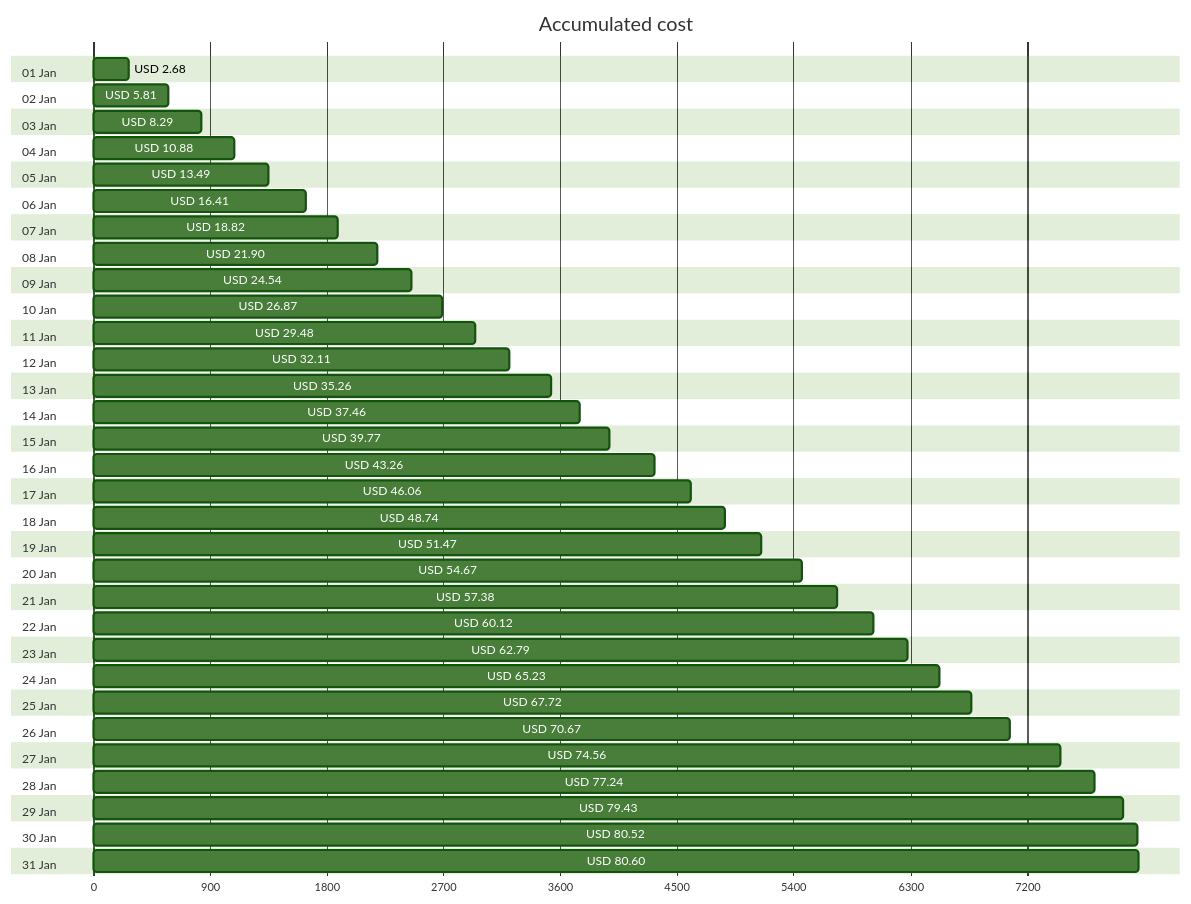
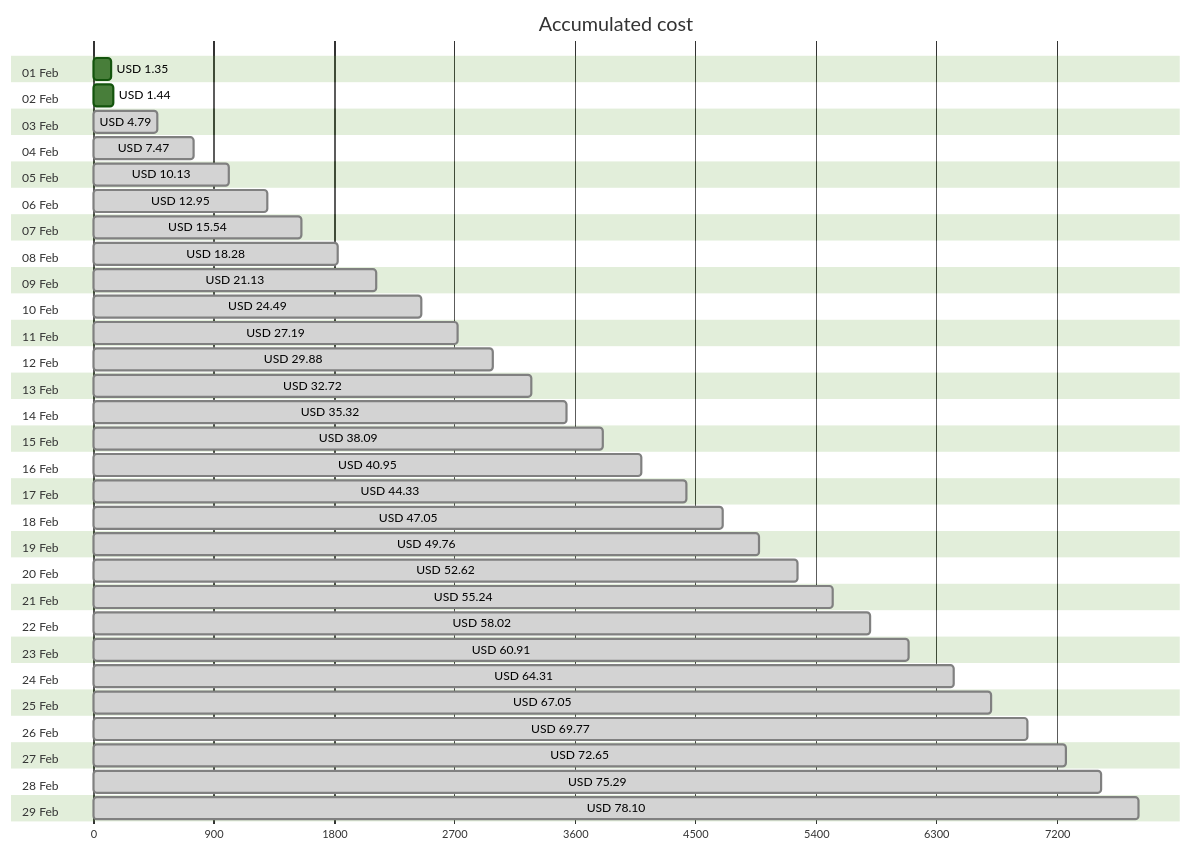
One commit to jpfulton/azure-personal-reports changed the first of 4 diagrams in cost-reports/accumulated-cost.md. Above: the diagram before and after it, drawn with Mermaid (forest theme). The commit also changed other lines of this file and 4 other files, not shown here.

````diff
--- a/cost-reports/accumulated-cost.md
+++ b/cost-reports/accumulated-cost.md
@@ -20,68 +20,64 @@
 ```mermaid
 gantt
    title Accumulated cost
    dateFormat  X
    axisFormat %s
-   section 01 Jan
-   USD 2.68 :0, 268
-   section 02 Jan
-   USD 5.81 :0, 581
-   section 03 Jan
-   USD 8.29 :0, 829
-   section 04 Jan
-   USD 10.88 :0, 1088
-   section 05 Jan
-   USD 13.49 :0, 1349
-   section 06 Jan
-   USD 16.41 :0, 1641
-   section 07 Jan
-   USD 18.82 :0, 1882
-   section 08 Jan
-   USD 21.90 :0, 2190
-   section 09 Jan
-   USD 24.54 :0, 2454
-   section 10 Jan
-   USD 26.87 :0, 2687
-   section 11 Jan
-   USD 29.48 :0, 2948
-   section 12 Jan
-   USD 32.11 :0, 3211
-   section 13 Jan
-   USD 35.26 :0, 3526
-   section 14 Jan
-   USD 37.46 :0, 3746
-   section 15 Jan
-   USD 39.77 :0, 3977
-   section 16 Jan
-   USD 43.26 :0, 4326
-   section 17 Jan
-   USD 46.06 :0, 4606
-   section 18 Jan
-   USD 48.74 :0, 4874
-   section 19 Jan
-   USD 51.47 :0, 5147
-   section 20 Jan
-   USD 54.67 :0, 5467
-   section 21 Jan
-   USD 57.38 :0, 5738
-   section 22 Jan
-   USD 60.12 :0, 6012
-   section 23 Jan
-   USD 62.79 :0, 6279
-   section 24 Jan
-   USD 65.23 :0, 6523
-   section 25 Jan
-   USD 67.72 :0, 6772
-   section 26 Jan
-   USD 70.67 :0, 7067
-   section 27 Jan
-   USD 74.56 :0, 7456
-   section 28 Jan
-   USD 77.24 :0, 7724
-   section 29 Jan
-   USD 79.43 :0, 7943
-   section 30 Jan
-   USD 80.52 :0, 8052
-   section 31 Jan
-   USD 80.60 :0, 8060
+   section 01 Feb
+   USD 1.35 :0, 135
+   section 02 Feb
+   USD 1.44 :0, 144
+   section 03 Feb
+   USD 4.79 : done, 0, 479
+   section 04 Feb
+   USD 7.47 : done, 0, 747
+   section 05 Feb
+   USD 10.13 : done, 0, 1013
+   section 06 Feb
+   USD 12.95 : done, 0, 1295
+   section 07 Feb
+   USD 15.54 : done, 0, 1554
+   section 08 Feb
+   USD 18.28 : done, 0, 1828
+   section 09 Feb
+   USD 21.13 : done, 0, 2113
+   section 10 Feb
+   USD 24.49 : done, 0, 2449
+   section 11 Feb
+   USD 27.19 : done, 0, 2719
+   section 12 Feb
+   USD 29.88 : done, 0, 2988
+   section 13 Feb
+   USD 32.72 : done, 0, 3272
+   section 14 Feb
+   USD 35.32 : done, 0, 3532
+   section 15 Feb
+   USD 38.09 : done, 0, 3809
+   section 16 Feb
+   USD 40.95 : done, 0, 4095
+   section 17 Feb
+   USD 44.33 : done, 0, 4433
+   section 18 Feb
+   USD 47.05 : done, 0, 4705
+   section 19 Feb
+   USD 49.76 : done, 0, 4976
+   section 20 Feb
+   USD 52.62 : done, 0, 5262
+   section 21 Feb
+   USD 55.24 : done, 0, 5524
+   section 22 Feb
+   USD 58.02 : done, 0, 5802
+   section 23 Feb
+   USD 60.91 : done, 0, 6091
+   section 24 Feb
+   USD 64.31 : done, 0, 6431
+   section 25 Feb
+   USD 67.05 : done, 0, 6705
+   section 26 Feb
+   USD 69.77 : done, 0, 6977
+   section 27 Feb
+   USD 72.65 : done, 0, 7265
+   section 28 Feb
+   USD 75.29 : done, 0, 7529
+   section 29 Feb
+   USD 78.10 : done, 0, 7810
 ```
````
